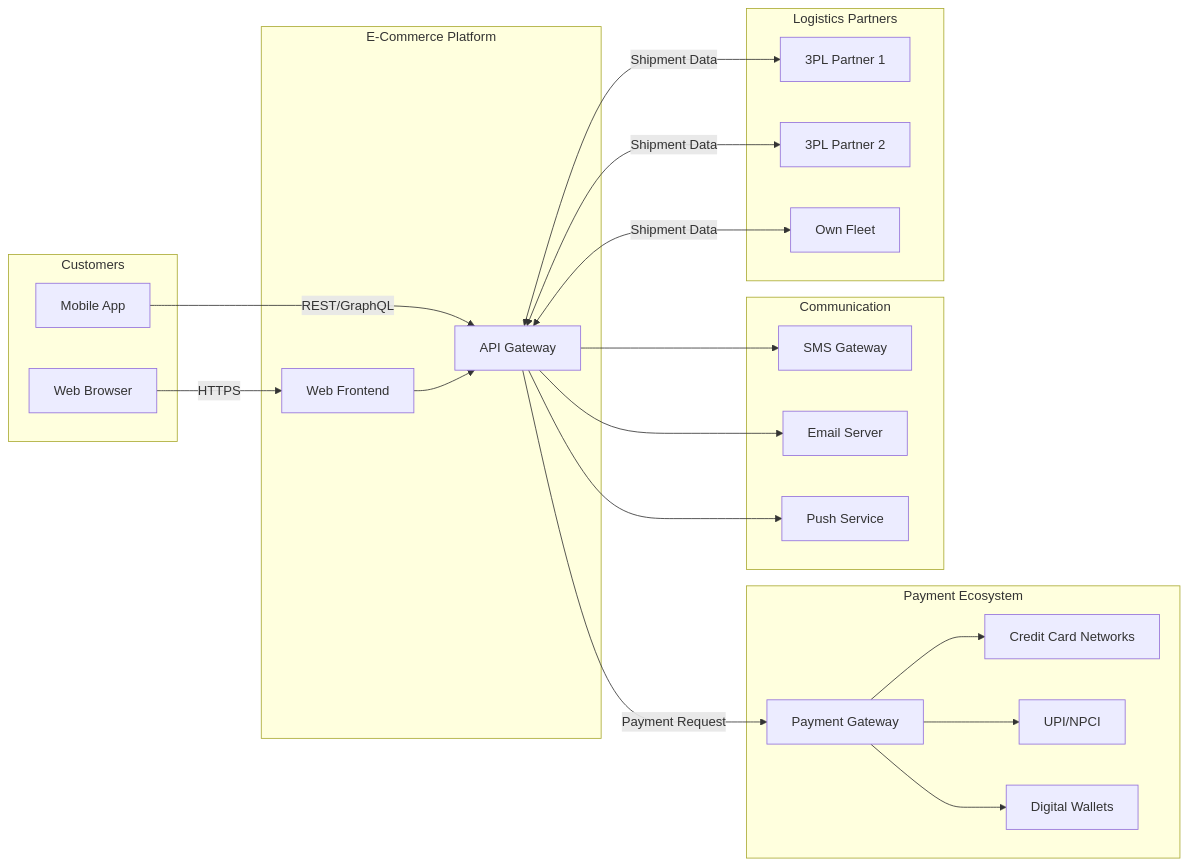
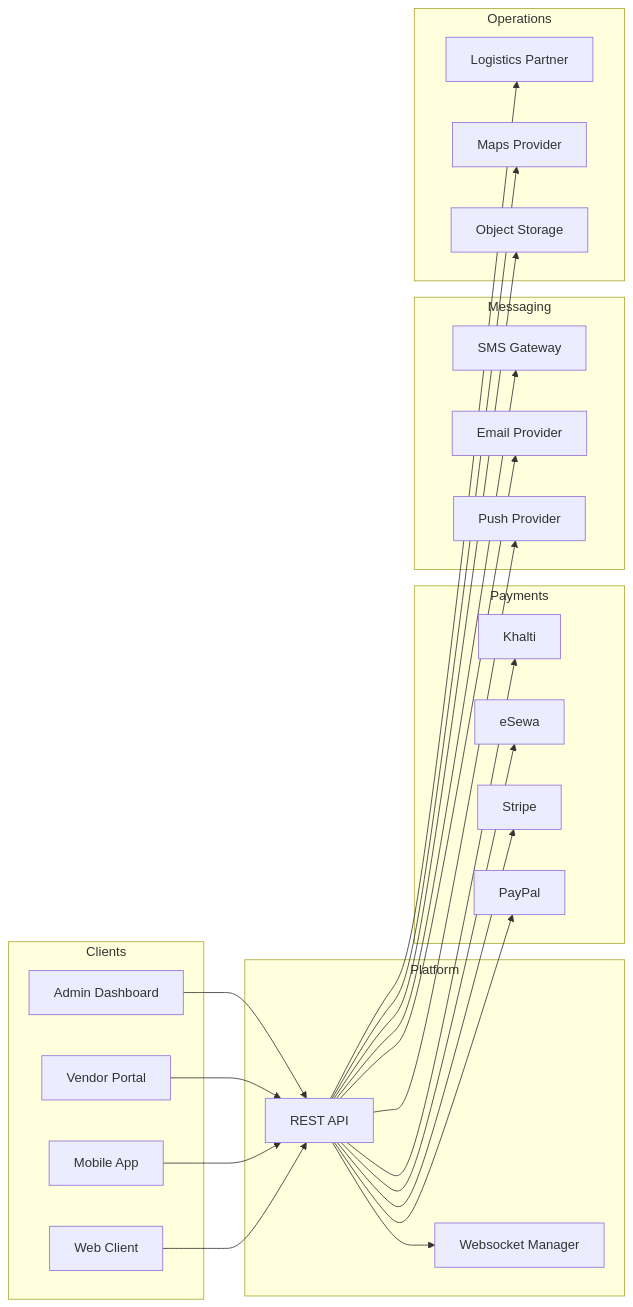
Before and after one commit to 0Ankit0/e-commerce: the second of 3 diagrams in docs/system-design/analysis/system-context-diagram.md, drawn with Mermaid. The commit also changed other lines of this file and 24 other files, not shown here.

````diff
--- a/docs/system-design/analysis/system-context-diagram.md
+++ b/docs/system-design/analysis/system-context-diagram.md
@@ -59,48 +57,50 @@
 ```mermaid
 graph LR
-    subgraph Customers
-        Web[Web Browser]
-        MobileApp[Mobile App]
+    subgraph Clients
+        Web[Web Client]
+        Mobile[Mobile App]
+        VendorUI[Vendor Portal]
+        AdminUI[Admin Dashboard]
     end
 
-    subgraph "E-Commerce Platform"
-        API[API Gateway]
-        Frontend[Web Frontend]
+    subgraph Platform
+        API[REST API]
+        WS[Websocket Manager]
     end
 
-    subgraph "Payment Ecosystem"
-        PG[Payment Gateway]
-        CC[Credit Card Networks]
-        UPI[UPI/NPCI]
-        Wallet[Digital Wallets]
+    subgraph Payments
+        Khalti[Khalti]
+        Esewa[eSewa]
+        Stripe[Stripe]
+        Paypal[PayPal]
     end
 
-    subgraph "Communication"
+    subgraph Messaging
         SMS[SMS Gateway]
-        Email[Email Server]
-        Push[Push Service]
+        Email[Email Provider]
+        Push[Push Provider]
     end
 
-    subgraph "Logistics Partners"
-        LP1[3PL Partner 1]
-        LP2[3PL Partner 2]
-        LP3[Own Fleet]
+    subgraph Operations
+        Logistics[Logistics Partner]
+        Maps[Maps Provider]
+        Storage[Object Storage]
     end
 
-    Web -->|HTTPS| Frontend
-    MobileApp -->|REST/GraphQL| API
-    Frontend --> API
+    Web --> API
+    Mobile --> API
+    VendorUI --> API
+    AdminUI --> API
 
-    API -->|Payment Request| PG
-    PG --> CC
-    PG --> UPI
-    PG --> Wallet
-
+    API --> WS
+    API --> Khalti
+    API --> Esewa
+    API --> Stripe
+    API --> Paypal
     API --> SMS
     API --> Email
     API --> Push
-
-    API <-->|Shipment Data| LP1
-    API <-->|Shipment Data| LP2
-    API <-->|Shipment Data| LP3
+    API --> Logistics
+    API --> Maps
+    API --> Storage
 ```
````
